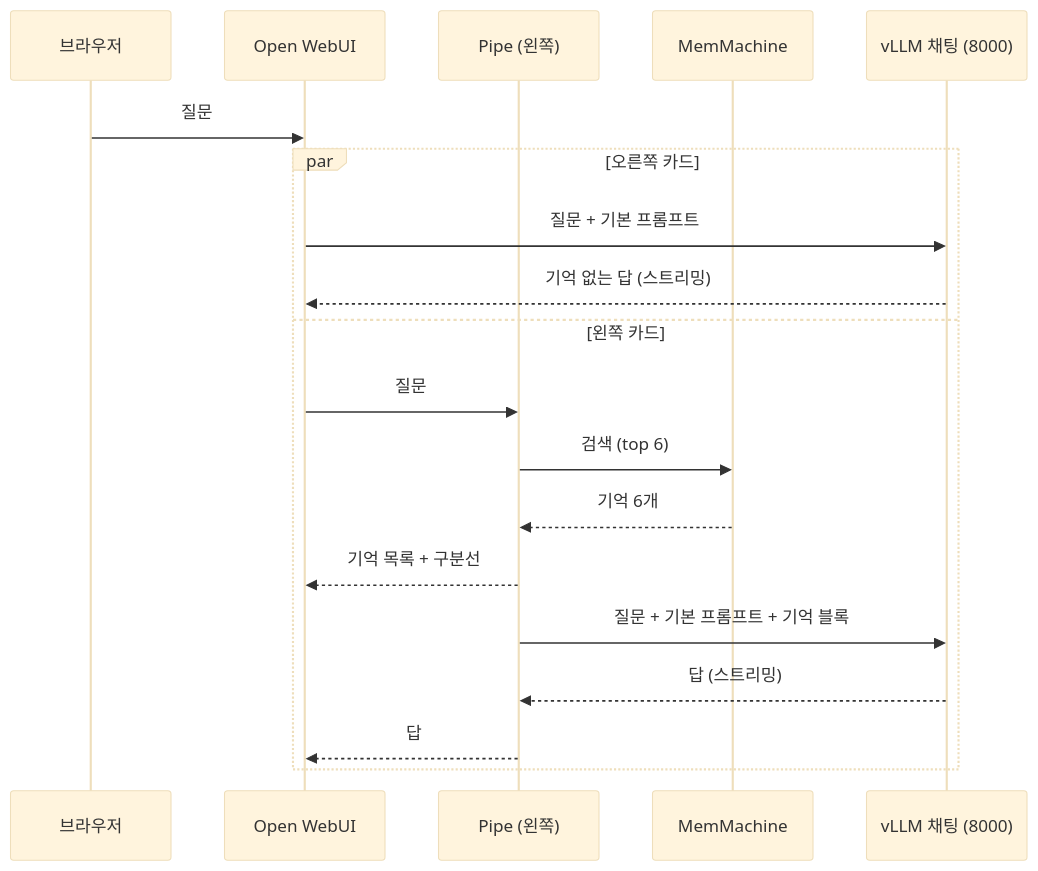
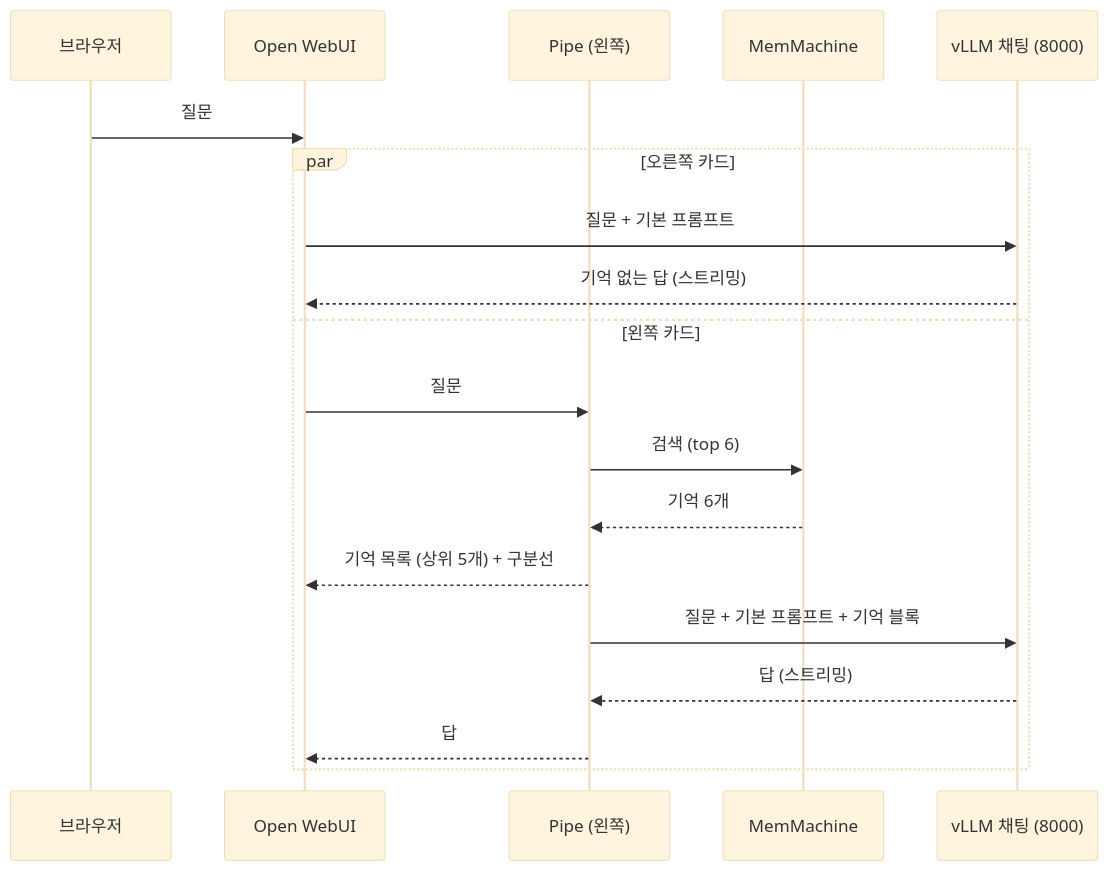
One commit to taejin-oh/MemMachine changed the first of 5 diagrams in docs/msr/ces2027_demo/architecture_2026-10-27.md. Above: the diagram before and after it, drawn with Mermaid (base theme). The commit also changed other lines of this file and 9 other files, not shown here.

````diff
--- a/docs/msr/ces2027_demo/architecture_2026-10-27.md
+++ b/docs/msr/ces2027_demo/architecture_2026-10-27.md
@@ -40,21 +40,21 @@
 ```mermaid
 sequenceDiagram
     participant B as 브라우저
     participant W as Open WebUI
     participant P as Pipe (왼쪽)
     participant M as MemMachine
     participant L as vLLM 채팅 (8000)
     B->>W: 질문
     par 오른쪽 카드
         W->>L: 질문 + 기본 프롬프트
         L-->>W: 기억 없는 답 (스트리밍)
     and 왼쪽 카드
         W->>P: 질문
         P->>M: 검색 (top 6)
         M-->>P: 기억 6개
-        P-->>W: 기억 목록 + 구분선
+        P-->>W: 기억 목록 (상위 5개) + 구분선
         P->>L: 질문 + 기본 프롬프트 + 기억 블록
         L-->>P: 답 (스트리밍)
         P-->>W: 답
     end
 ```
````
